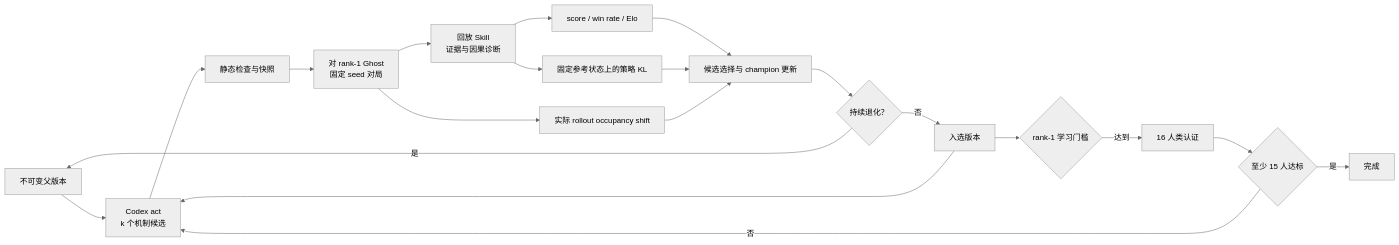
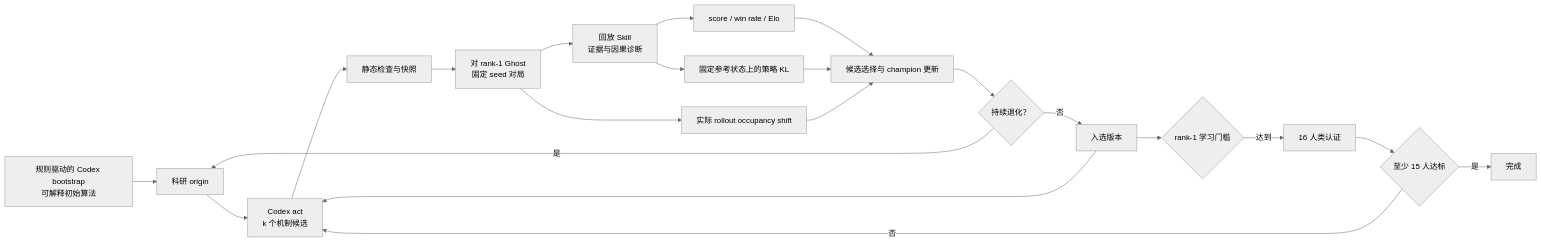
One commit to SAST-agent/AgentBenchFramework changed the diagram in docs/hl/rollman-local-run.md. Above: the diagram before and after it, drawn with Mermaid (neutral theme). The commit also changed other lines of this file and 9 other files, not shown here.

Commit message:
feat: bootstrap HL origin with coding agent

````diff
--- a/docs/hl/rollman-local-run.md
+++ b/docs/hl/rollman-local-run.md
@@ -20,22 +20,23 @@
 ```mermaid
 flowchart LR
-    A["不可变父版本"] --> B["Codex act<br/>k 个机制候选"]
+    Z["规则驱动的 Codex bootstrap<br/>可解释初始算法"] --> A["科研 origin"]
+    A --> B["Codex act<br/>k 个机制候选"]
     B --> C["静态检查与快照"]
     C --> D["对 rank-1 Ghost<br/>固定 seed 对局"]
     D --> E["回放 Skill<br/>证据与因果诊断"]
     E --> F["score / win rate / Elo"]
     E --> G["固定参考状态上的策略 KL"]
     D --> H["实际 rollout occupancy shift"]
     F --> I["候选选择与 champion 更新"]
     G --> I
     H --> I
     I --> J{"持续退化？"}
     J -- "是" --> A
     J -- "否" --> K["入选版本"]
     K --> B
     K --> L{"rank-1 学习门槛"}
     L -- "达到" --> M["16 人类认证"]
     M --> N{"至少 15 人达标"}
     N -- "是" --> O["完成"]
     N -- "否" --> B
 ```
````
